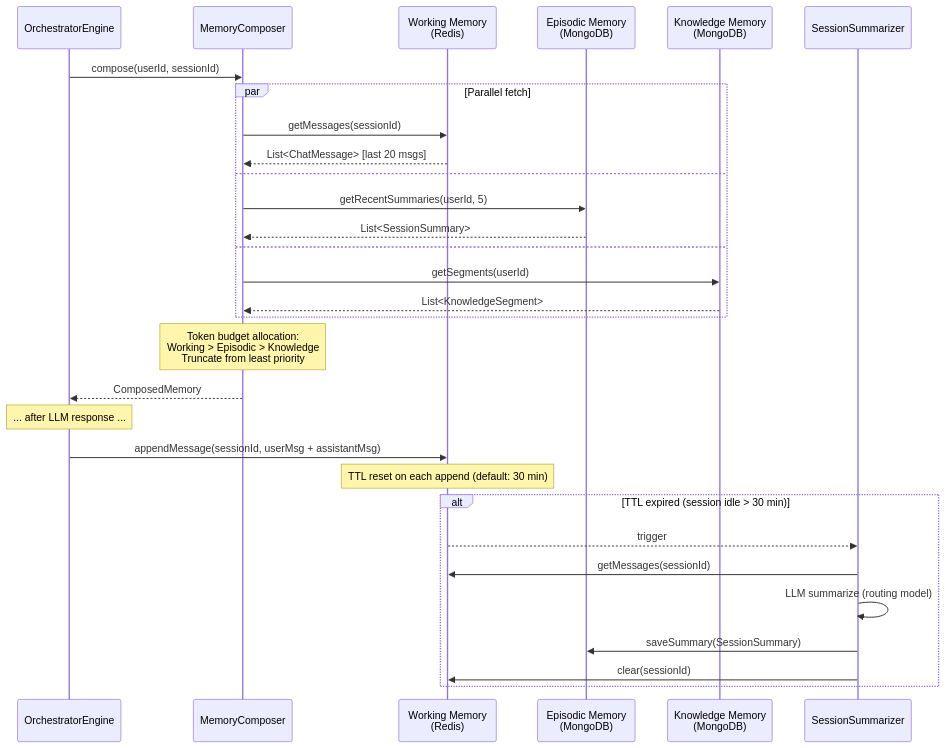
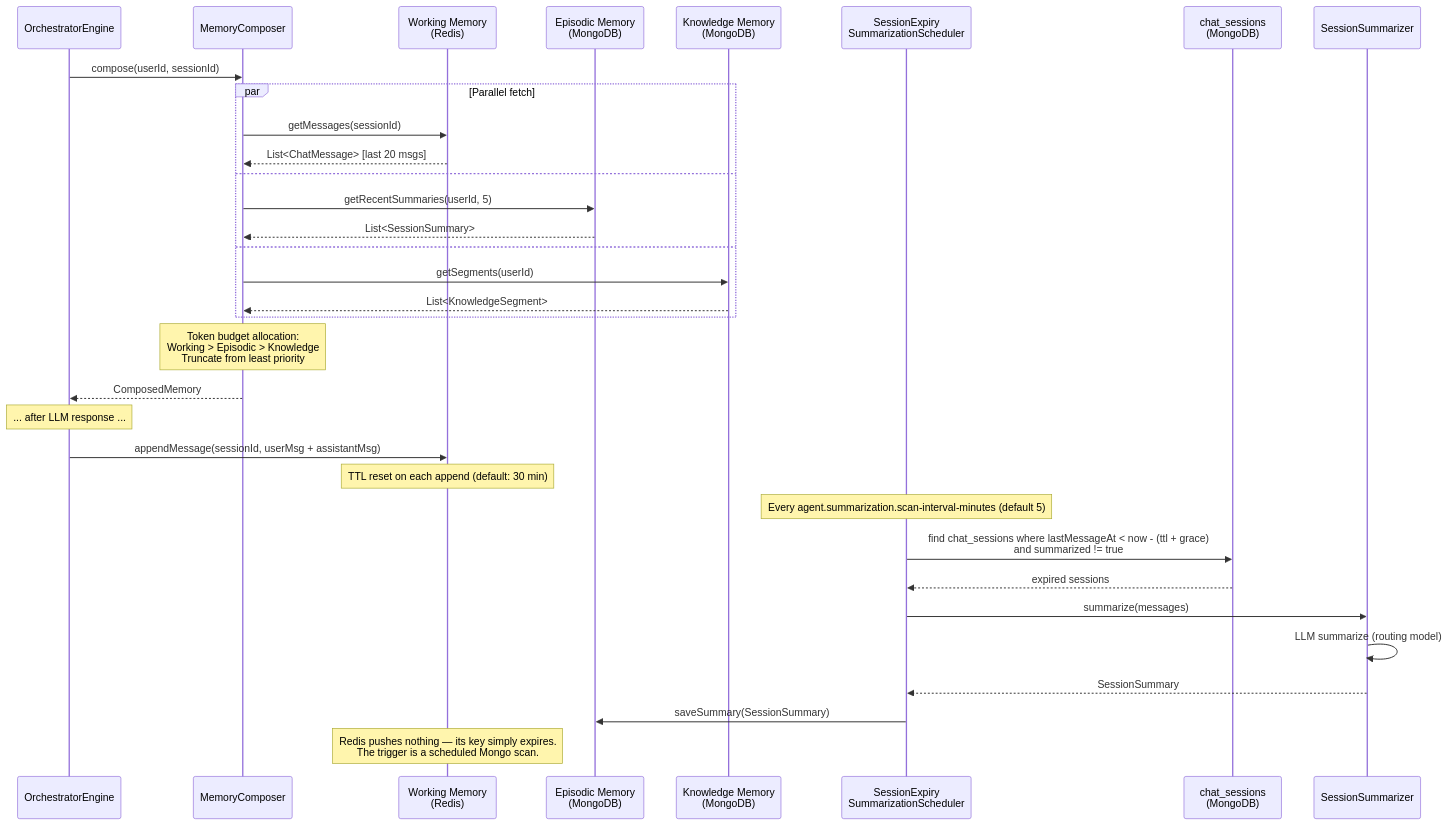
Before and after one commit to GiskardB/gargantua-site: the third of 8 diagrams in docs/architecture-diagrams.md, drawn with Mermaid. The commit also changed other lines of this file and 19 other files, not shown here.

````diff
--- a/docs/architecture-diagrams.md
+++ b/docs/architecture-diagrams.md
@@ -109,39 +109,44 @@
 ```mermaid
 sequenceDiagram
     participant Engine as OrchestratorEngine
     participant Composer as MemoryComposer
     participant Redis as Working Memory<br/>(Redis)
     participant Mongo_E as Episodic Memory<br/>(MongoDB)
     participant Mongo_K as Knowledge Memory<br/>(MongoDB)
+    participant Scheduler as SessionExpiry<br/>SummarizationScheduler
+    participant Mongo_S as chat_sessions<br/>(MongoDB)
     participant Summarizer as SessionSummarizer
 
     Engine->>Composer: compose(userId, sessionId)
 
     par Parallel fetch
         Composer->>Redis: getMessages(sessionId)
         Redis-->>Composer: List<ChatMessage> [last 20 msgs]
     and
         Composer->>Mongo_E: getRecentSummaries(userId, 5)
         Mongo_E-->>Composer: List<SessionSummary>
     and
         Composer->>Mongo_K: getSegments(userId)
         Mongo_K-->>Composer: List<KnowledgeSegment>
     end
 
     Note over Composer: Token budget allocation:<br/>Working > Episodic > Knowledge<br/>Truncate from least priority
 
     Composer-->>Engine: ComposedMemory
 
     Note over Engine: ... after LLM response ...
 
     Engine->>Redis: appendMessage(sessionId, userMsg + assistantMsg)
     Note over Redis: TTL reset on each append (default: 30 min)
 
-    alt TTL expired (session idle > 30 min)
-        Redis-->>Summarizer: trigger
-        Summarizer->>Redis: getMessages(sessionId)
-        Summarizer->>Summarizer: LLM summarize (routing model)
-        Summarizer->>Mongo_E: saveSummary(SessionSummary)
-        Summarizer->>Redis: clear(sessionId)
-    end
+    Note over Scheduler: Every agent.summarization.scan-interval-minutes (default 5)
+
+    Scheduler->>Mongo_S: find chat_sessions where lastMessageAt < now - (ttl + grace)<br/>and summarized != true
+    Mongo_S-->>Scheduler: expired sessions
+    Scheduler->>Summarizer: summarize(messages)
+    Summarizer->>Summarizer: LLM summarize (routing model)
+    Summarizer-->>Scheduler: SessionSummary
+    Scheduler->>Mongo_E: saveSummary(SessionSummary)
+
+    Note over Redis: Redis pushes nothing — its key simply expires.<br/>The trigger is a scheduled Mongo scan.
 ```
````
